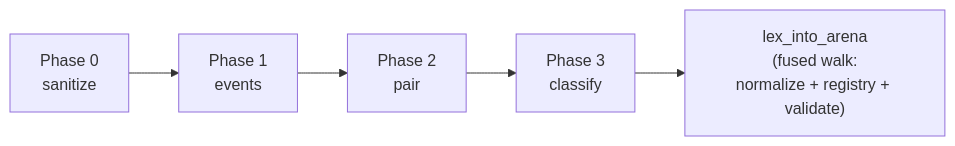
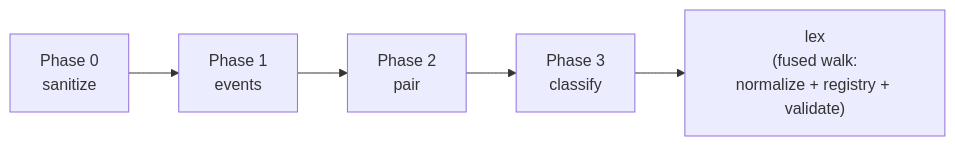
Before and after one commit to P4suta/aozora: the diagram in crates/aozora-book/src/arch/lexer.md, drawn with Mermaid. The commit also changed other lines of this file and 491 other files, not shown here.

````diff
--- a/crates/aozora-book/src/arch/lexer.md
+++ b/crates/aozora-book/src/arch/lexer.md
@@ -18,10 +18,10 @@
 ```mermaid
 flowchart LR
     p0["Phase 0<br/>sanitize"]
     p1["Phase 1<br/>events"]
     p2["Phase 2<br/>pair"]
     p3["Phase 3<br/>classify"]
-    fused["lex_into_arena<br/>(fused walk:<br/>normalize + registry + validate)"]
+    fused["lex<br/>(fused walk:<br/>normalize + registry + validate)"]
 
     p0 --> p1 --> p2 --> p3 --> fused
 ```
````
